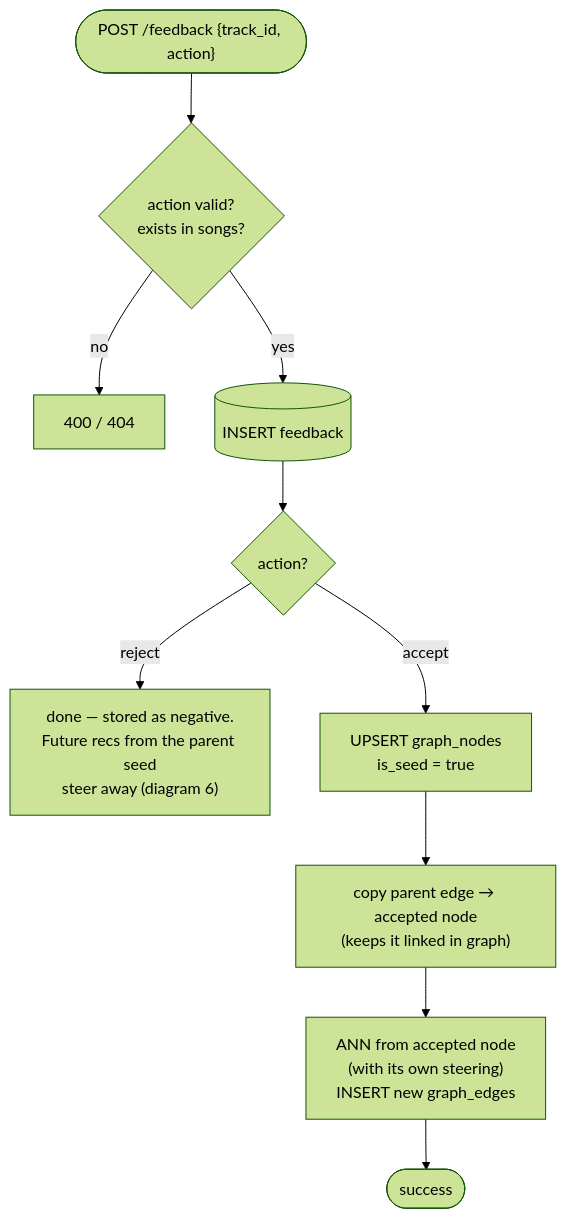
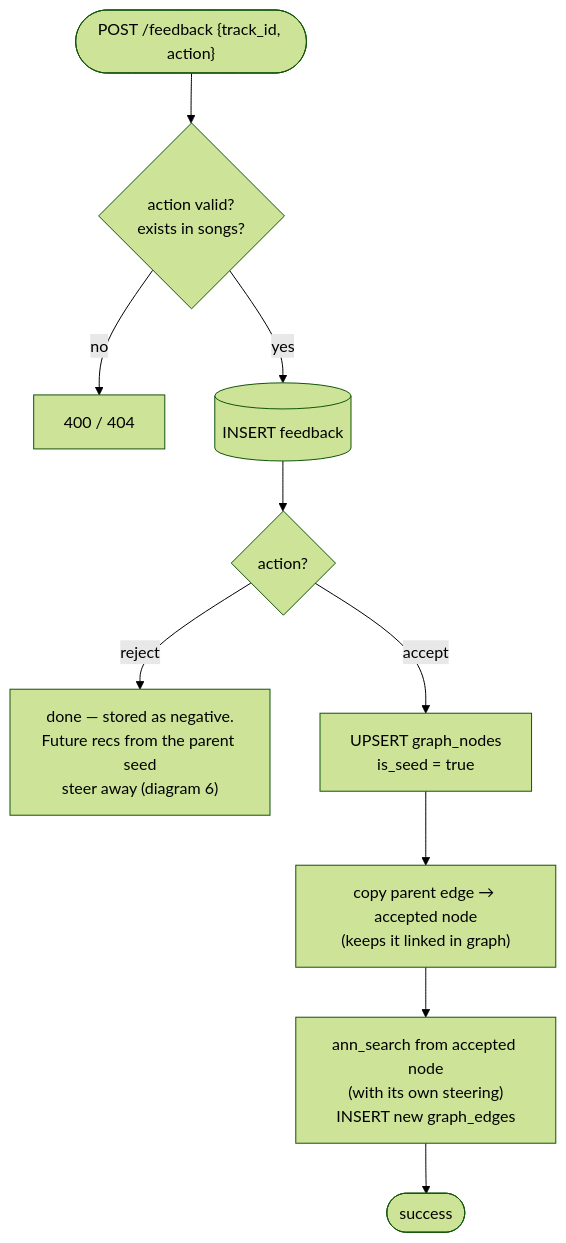
The eighth of 10 diagrams in ARCHITECTURE.md (pedro-boudoux/discover), drawn with Mermaid (forest theme) before and after one commit. The commit also changed other lines of this file and 7 other files, not shown here.

First line of the commit message:
Consolidate ANN search and embedding pipeline into shared helpers

````diff
--- a/ARCHITECTURE.md
+++ b/ARCHITECTURE.md
@@ -236,15 +254,15 @@
 ```mermaid
 flowchart TD
     req(["POST /feedback {track_id, action}"]) --> valid{"action valid?<br/>exists in songs?"}
     valid -->|no| err["400 / 404"]
     valid -->|yes| log[("INSERT feedback")]
 
     log --> branch{"action?"}
 
     branch -->|reject| rdone["done — stored as negative.<br/>Future recs from the parent seed<br/>steer away (diagram 6)"]
 
     branch -->|accept| promote["UPSERT graph_nodes<br/>is_seed = true"]
     promote --> reparent["copy parent edge → accepted node<br/>(keeps it linked in graph)"]
-    reparent --> rerun["ANN from accepted node<br/>(with its own steering)<br/>INSERT new graph_edges"]
+    reparent --> rerun["ann_search from accepted node<br/>(with its own steering)<br/>INSERT new graph_edges"]
     rerun --> adone(["success"])
 ```
````
